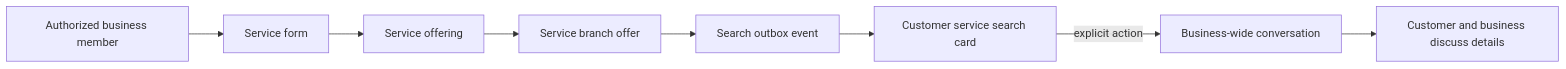
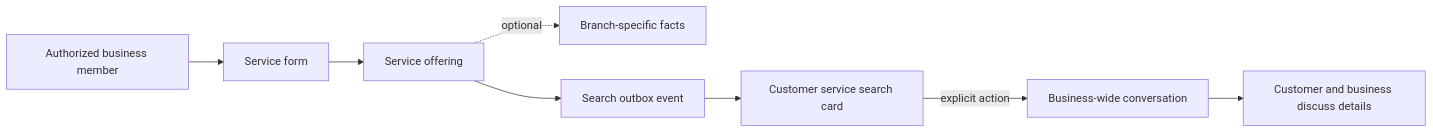
One commit to Siirio/AskBackend changed the diagram in AI_Knowledge/features/service/flow.md. Above: the diagram before and after it, drawn with Mermaid. The commit also changed other lines of this file and 397 other files, not shown here.

````diff
--- a/AI_Knowledge/features/service/flow.md
+++ b/AI_Knowledge/features/service/flow.md
@@ -3,10 +3,10 @@
 ```mermaid
 flowchart LR
     M[Authorized business member] --> F[Service form]
     F --> SO[Service offering]
-    SO --> BO[Service branch offer]
-    BO --> O[Search outbox event]
+    SO -. optional .-> BO[Branch-specific facts]
+    SO --> O[Search outbox event]
     O --> S[Customer service search card]
     S -->|explicit action| C[Business-wide conversation]
     C --> D[Customer and business discuss details]
 ```
````
